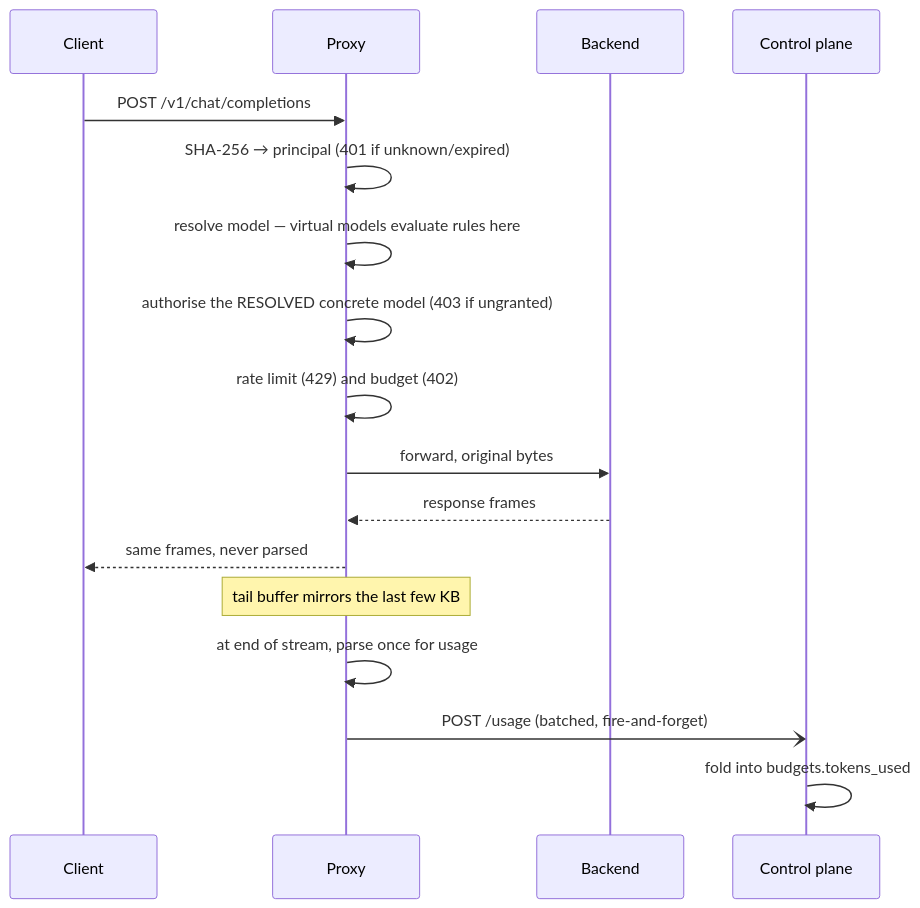
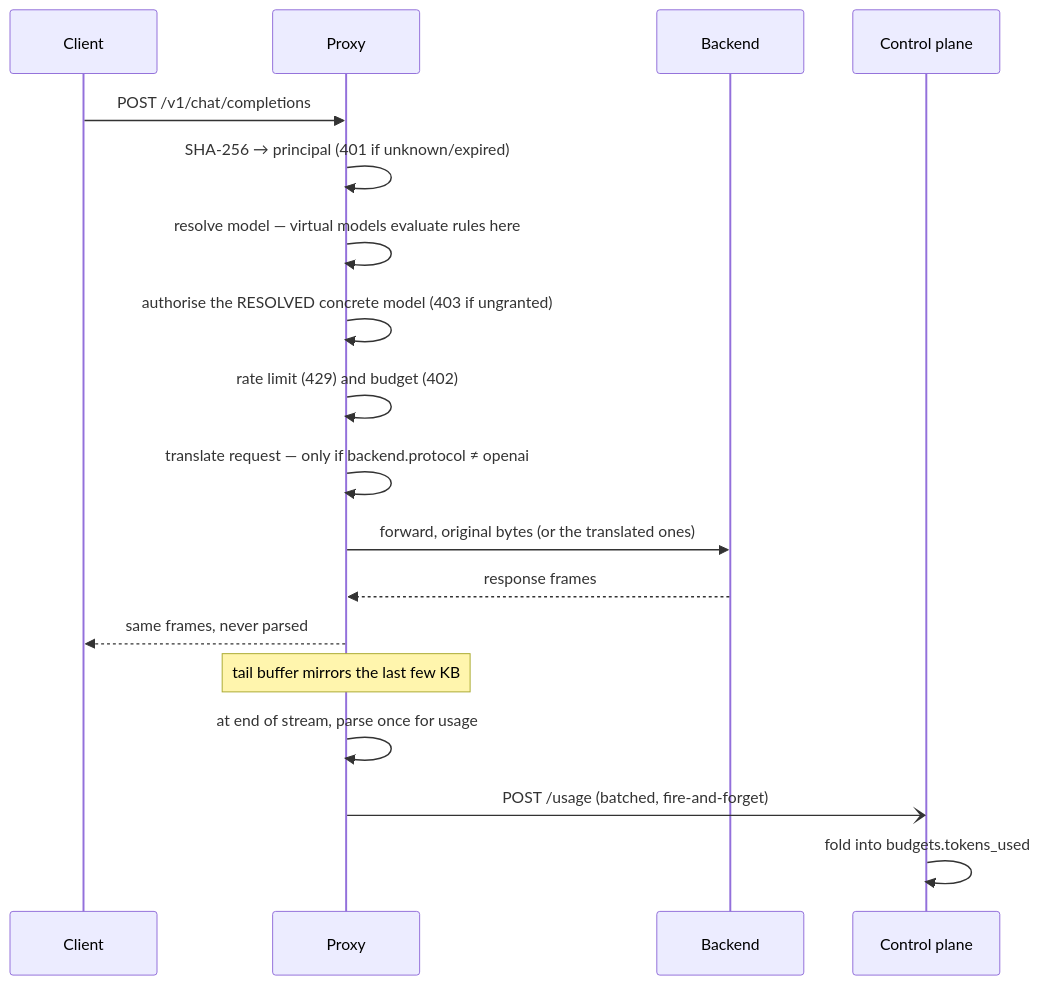
One commit to azrtydxb/Fastllm-proxy changed the third of 3 diagrams in docs/architecture.md. Above: the diagram before and after it, drawn with Mermaid. The commit also changed other lines of this file and 20 other files, not shown here.

````diff
--- a/docs/architecture.md
+++ b/docs/architecture.md
@@ -75,20 +102,21 @@
 ```mermaid
 sequenceDiagram
     participant C as Client
     participant P as Proxy
     participant B as Backend
     participant K as Control plane
 
     C->>P: POST /v1/chat/completions
     P->>P: SHA-256 → principal (401 if unknown/expired)
     P->>P: resolve model — virtual models evaluate rules here
     P->>P: authorise the RESOLVED concrete model (403 if ungranted)
     P->>P: rate limit (429) and budget (402)
-    P->>B: forward, original bytes
+    P->>P: translate request — only if backend.protocol ≠ openai
+    P->>B: forward, original bytes (or the translated ones)
     B-->>P: response frames
     P-->>C: same frames, never parsed
     Note over P: tail buffer mirrors the last few KB
     P->>P: at end of stream, parse once for usage
     P-)K: POST /usage (batched, fire-and-forget)
     K->>K: fold into budgets.tokens_used
 ```
````
